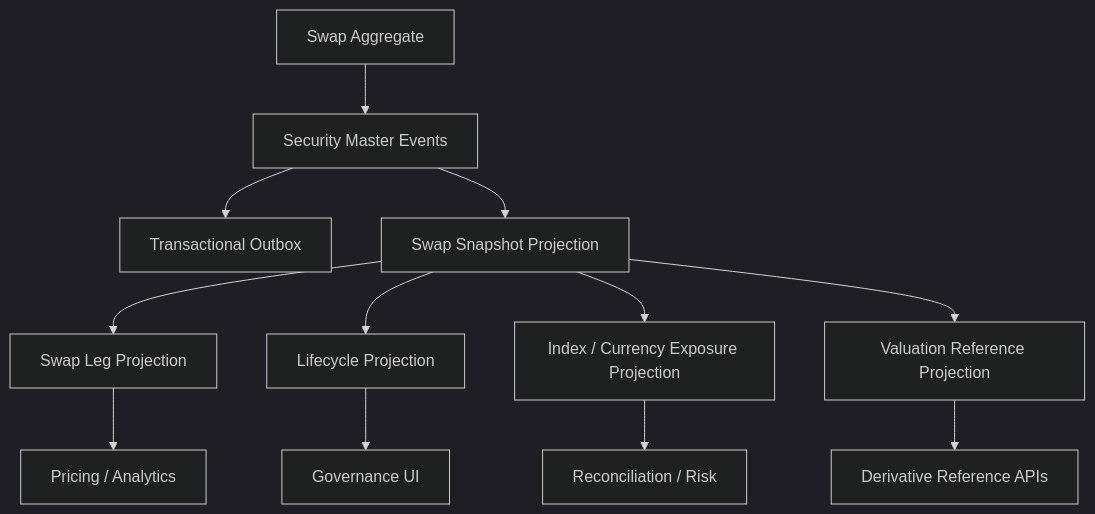
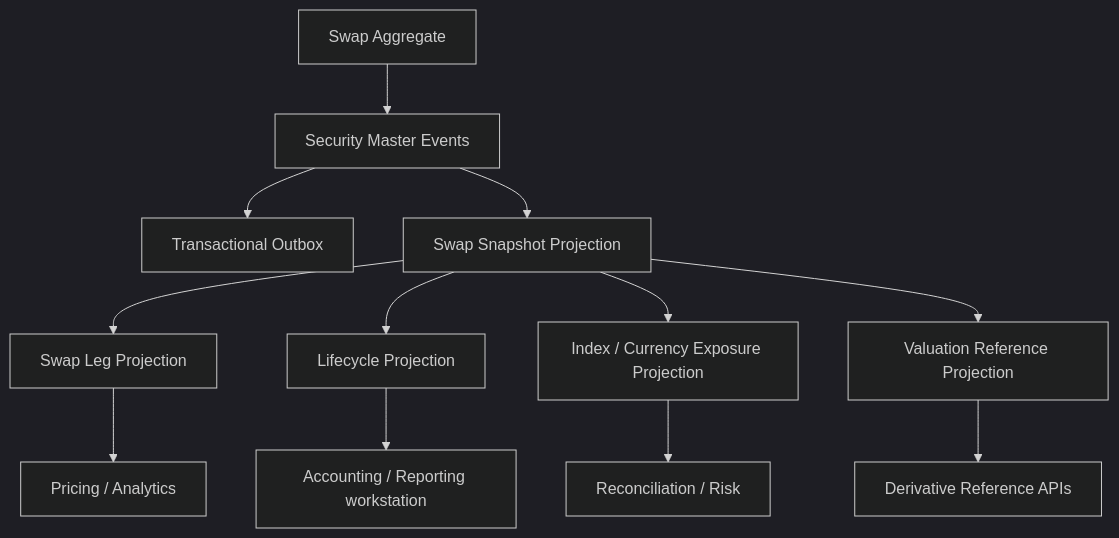
One commit to rodoHasArrived/Meridian-main changed the diagram in docs/plans/ufl-swap-target-state-v2.md. Above: the diagram before and after it, drawn with Mermaid (dark theme). The commit also changed other lines of this file and 51 other files, not shown here.

````diff
--- a/docs/plans/ufl-swap-target-state-v2.md
+++ b/docs/plans/ufl-swap-target-state-v2.md
@@ -59,16 +59,16 @@
 ```mermaid
 flowchart TD
     Swap["Swap Aggregate"] --> SwapEvents["Security Master Events"]
     SwapEvents --> Outbox["Transactional Outbox"]
     SwapEvents --> Snapshot["Swap Snapshot Projection"]
 
     Snapshot --> Legs["Swap Leg Projection"]
     Snapshot --> Lifecycle["Lifecycle Projection"]
     Snapshot --> Exposure["Index / Currency Exposure Projection"]
     Snapshot --> Valuation["Valuation Reference Projection"]
 
     Legs --> Pricing["Pricing / Analytics"]
-    Lifecycle --> Governance["Governance UI"]
+    Lifecycle --> Governance["Accounting / Reporting workstation"]
     Exposure --> Recon["Reconciliation / Risk"]
     Valuation --> APIs["Derivative Reference APIs"]
 ```
````
